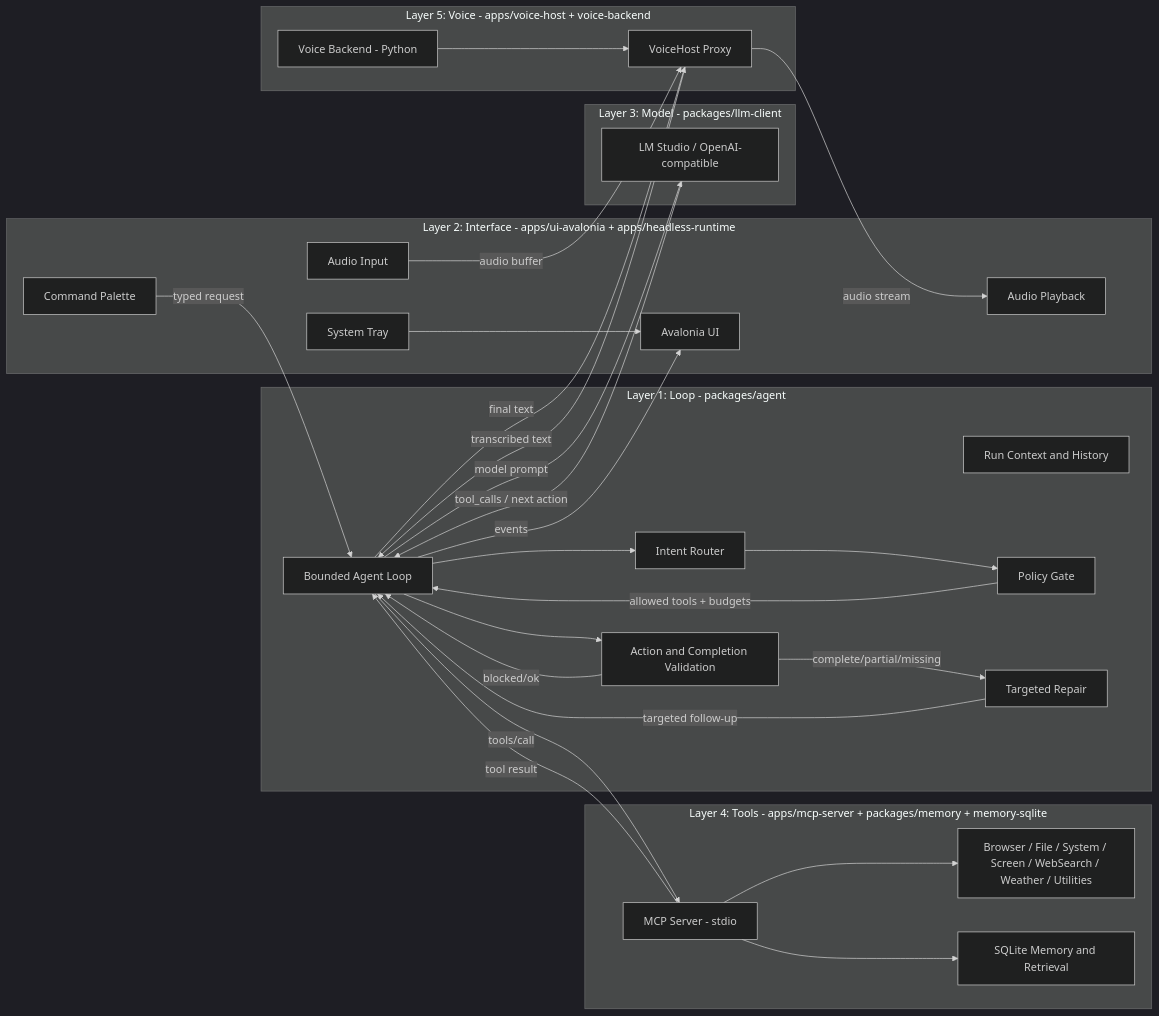
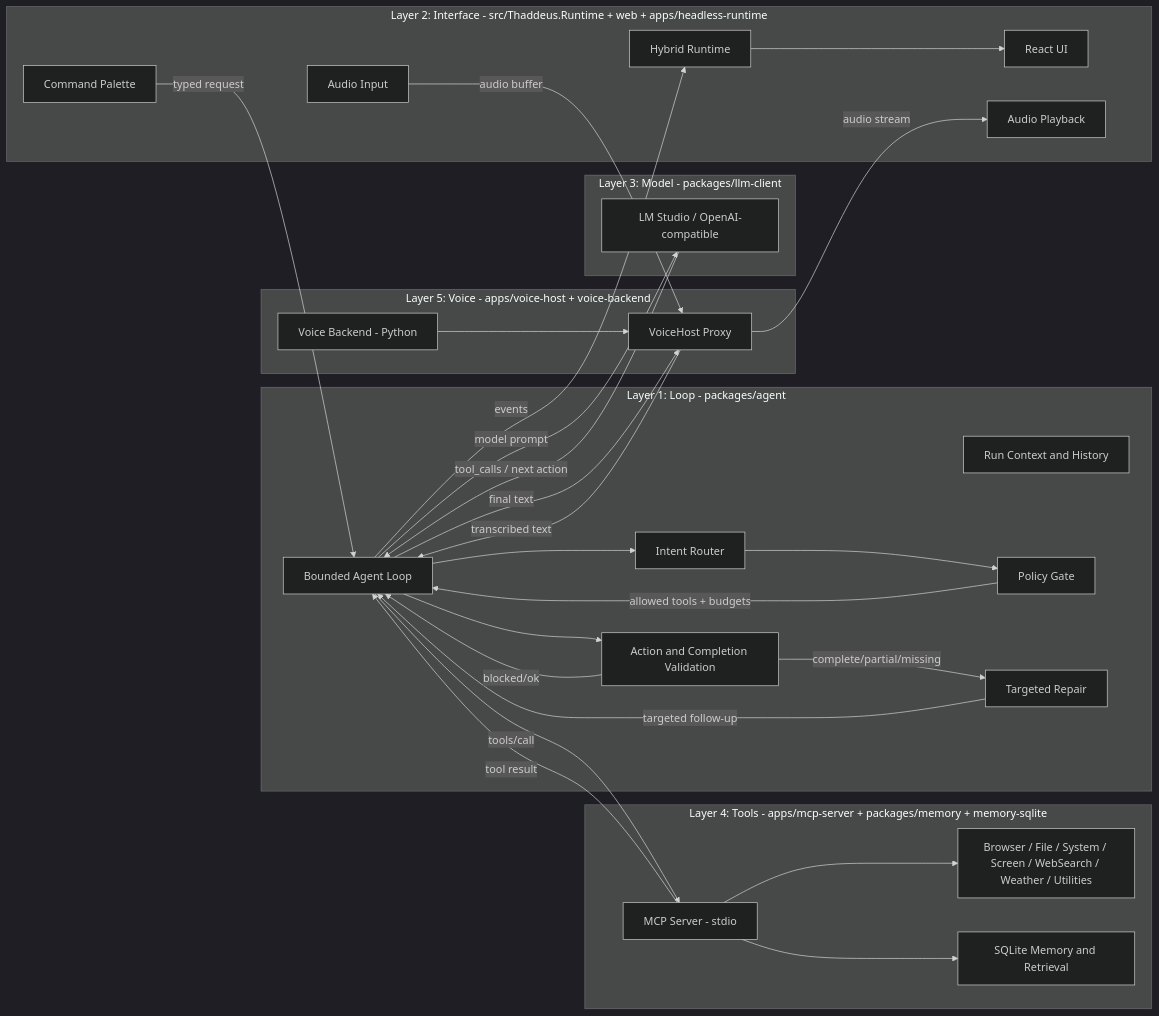
The diagram in README.md (raydeStar/sir-thaddeus), drawn with Mermaid (dark theme) before and after one commit. The commit also changed other lines of this file and 109 other files, not shown here.

````diff
--- a/README.md
+++ b/README.md
@@ -216,61 +216,61 @@
 ```mermaid
 flowchart LR
   subgraph loop [Layer 1: Loop - packages/agent]
     Loop[Bounded Agent Loop]
     Context[Run Context and History]
     Router[Intent Router]
     Gate[Policy Gate]
     Validate[Action and Completion Validation]
     Repair[Targeted Repair]
   end
 
-  subgraph frontend [Layer 2: Interface - apps/ui-avalonia + apps/headless-runtime]
-    Tray[System Tray]
-    Overlay[Avalonia UI]
+  subgraph frontend [Layer 2: Interface - src/Thaddeus.Runtime + web + apps/headless-runtime]
+    Overlay[React UI]
+    Runtime[Hybrid Runtime]
     PTT[Audio Input]
     Playback[Audio Playback]
     Palette[Command Palette]
   end
 
   subgraph model [Layer 3: Model - packages/llm-client]
     LmStudio[LM Studio / OpenAI-compatible]
   end
 
   subgraph tools [Layer 4: Tools - apps/mcp-server + packages/memory + memory-sqlite]
     Server[MCP Server - stdio]
     Toolset[Browser / File / System / Screen / WebSearch / Weather / Utilities]
     Memory[SQLite Memory and Retrieval]
   end
 
   subgraph voice [Layer 5: Voice - apps/voice-host + voice-backend]
     VoiceHost[VoiceHost Proxy]
     VoiceBackend[Voice Backend - Python]
     VoiceBackend --> VoiceHost
   end
 
   PTT -->|audio buffer| VoiceHost
   VoiceHost -->|transcribed text| Loop
   Palette -->|typed request| Loop
 
   Loop --> Router --> Gate
   Gate -->|allowed tools + budgets| Loop
 
   Loop -->|model prompt| LmStudio
   LmStudio -->|tool_calls / next action| Loop
 
   Loop --> Validate
   Validate -->|blocked/ok| Loop
   Validate -->|complete/partial/missing| Repair
   Repair -->|targeted follow-up| Loop
 
   Loop -->|tools/call| Server
   Server --> Toolset
   Server --> Memory
   Server -->|tool result| Loop
 
   Loop -->|final text| VoiceHost
   VoiceHost -->|audio stream| Playback
 
-  Loop -->|events| Overlay
-  Tray --> Overlay
+  Loop -->|events| Runtime
+  Runtime --> Overlay
 ```
````
